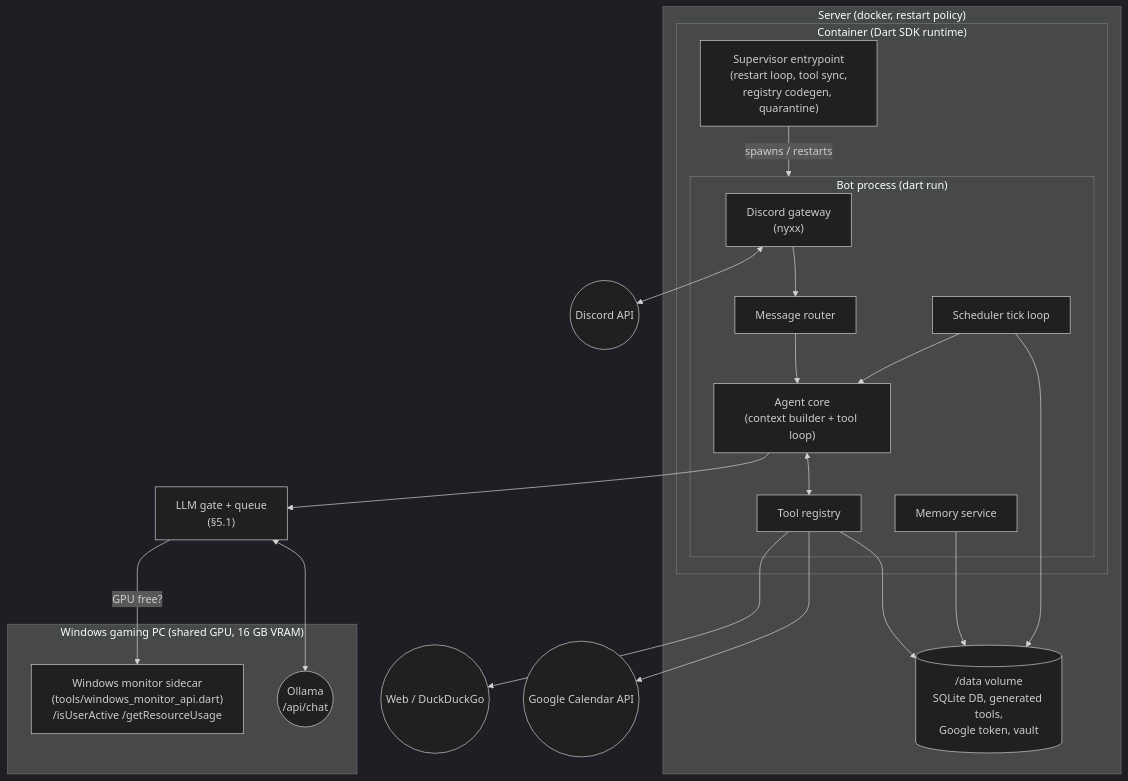
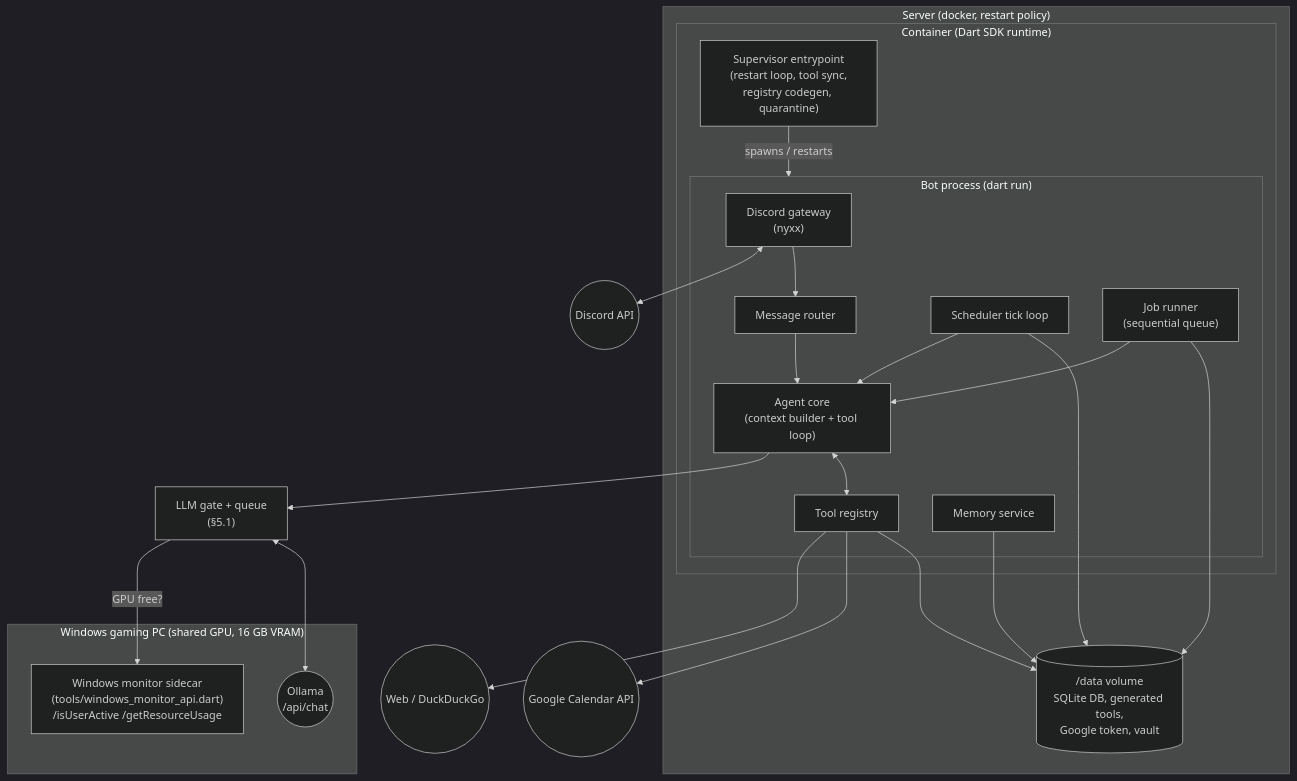
The first of 2 diagrams in ARCHITECTURE.md (mbuelowdev/egon-bot), drawn with Mermaid (dark theme) before and after one commit. The commit also changed other lines of this file, not shown here.

````diff
--- a/ARCHITECTURE.md
+++ b/ARCHITECTURE.md
@@ -29,38 +38,41 @@
 ```mermaid
 flowchart TB
     subgraph host["Server (docker, restart policy)"]
         subgraph container["Container (Dart SDK runtime)"]
             SUP["Supervisor entrypoint<br/>(restart loop, tool sync,<br/>registry codegen, quarantine)"]
             subgraph bot["Bot process (dart run)"]
                 GW["Discord gateway<br/>(nyxx)"]
                 ROUTER["Message router"]
                 AGENT["Agent core<br/>(context builder + tool loop)"]
                 REG["Tool registry"]
                 SCHED["Scheduler tick loop"]
+                JOBS["Job runner<br/>(sequential queue)"]
                 MEM["Memory service"]
             end
         end
         VOL[("/data volume<br/>SQLite DB, generated tools,<br/>Google token, vault")]
     end
     subgraph winpc["Windows gaming PC (shared GPU, 16 GB VRAM)"]
         OLLAMA(("Ollama<br/>/api/chat"))
         MON["Windows monitor sidecar<br/>(tools/windows_monitor_api.dart)<br/>/isUserActive /getResourceUsage"]
     end
     DISCORD(("Discord API"))
     WEB(("Web / DuckDuckGo"))
     GCAL(("Google Calendar API"))
 
     SUP -->|spawns / restarts| bot
     GW <--> DISCORD
     GW --> ROUTER --> AGENT
     AGENT --> GATE["LLM gate + queue<br/>(§5.1)"]
     GATE -->|GPU free?| MON
     GATE <--> OLLAMA
     AGENT <--> REG
     REG --> WEB
     REG --> GCAL
     REG --> VOL
     SCHED --> AGENT
+    JOBS --> AGENT
+    JOBS --> VOL
     MEM --> VOL
     SCHED --> VOL
 ```
````
